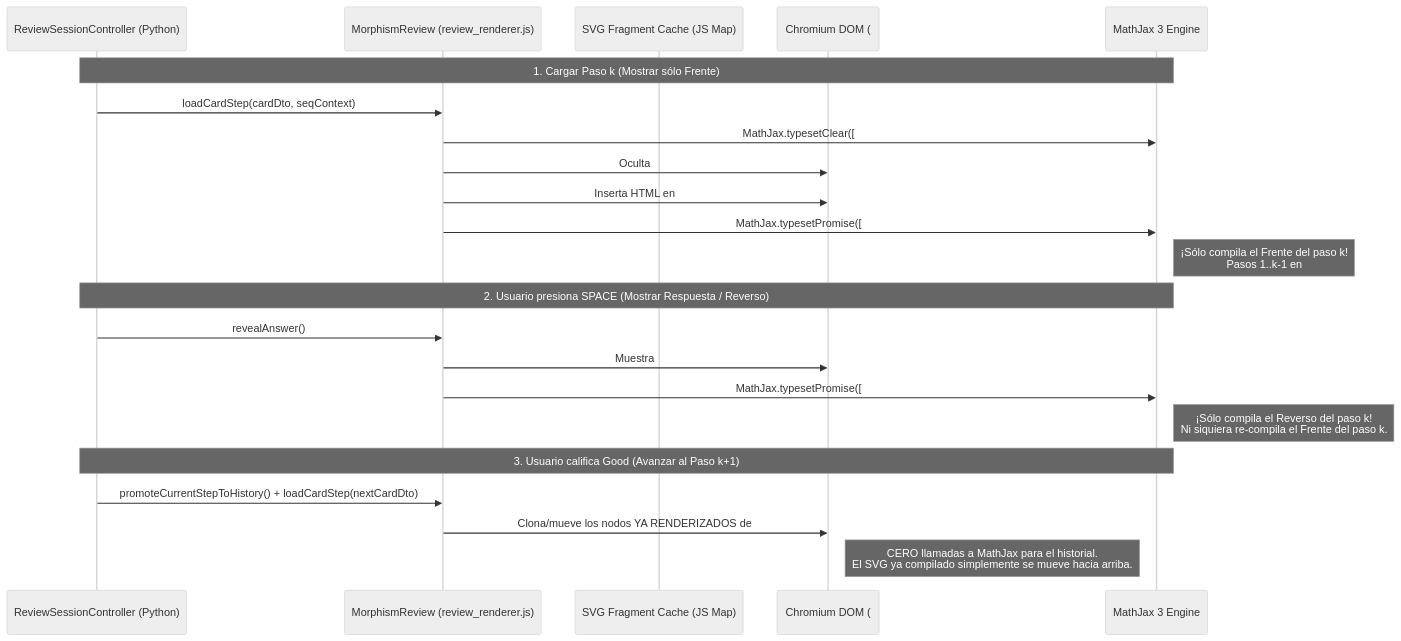
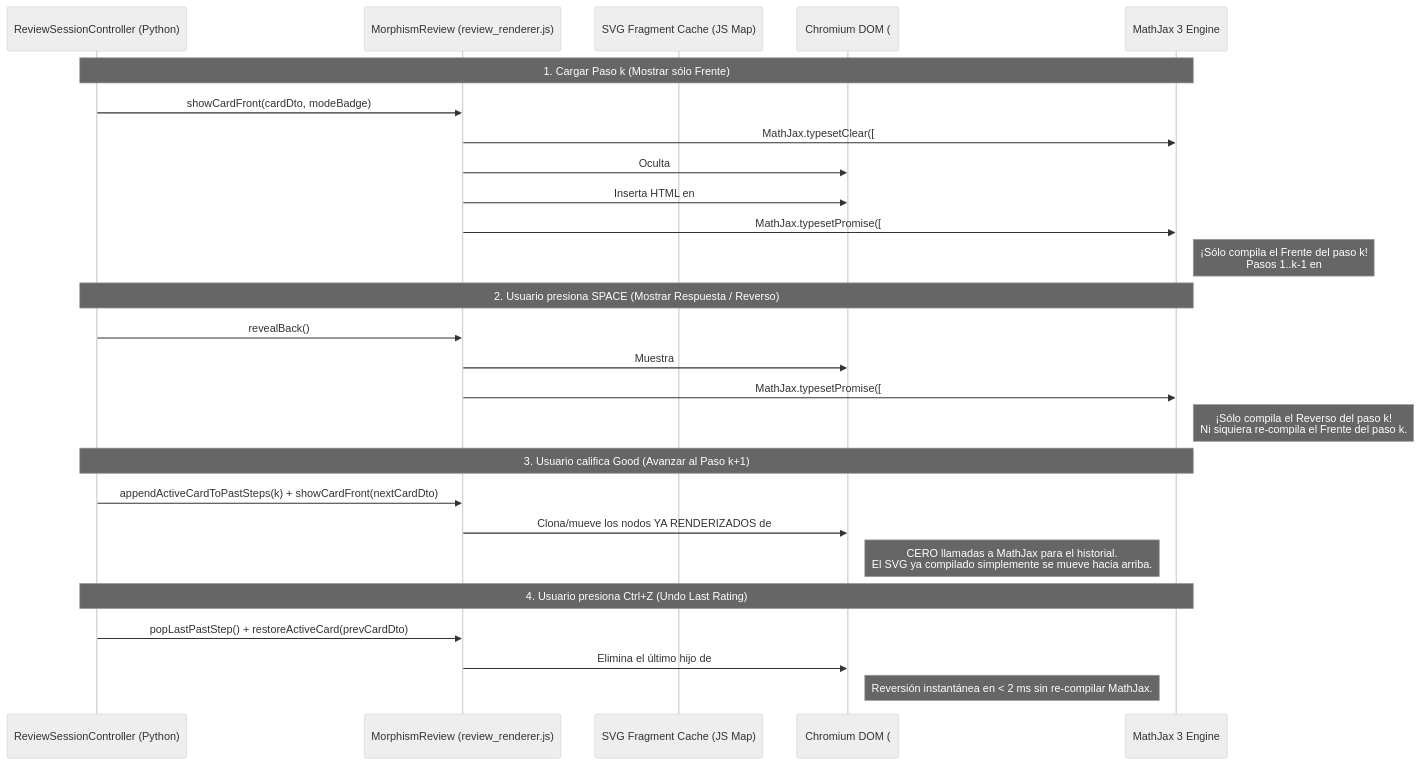
One commit to SSParzival/Morphism-SRS-plus changed the diagram in specZ/04_MATHJAX_AND_WEBENGINE_PERFORMANCE.md. Above: the diagram before and after it, drawn with Mermaid (neutral theme). The commit also changed other lines of this file and 9 other files, not shown here.

````diff
--- a/specZ/04_MATHJAX_AND_WEBENGINE_PERFORMANCE.md
+++ b/specZ/04_MATHJAX_AND_WEBENGINE_PERFORMANCE.md
@@ -93,27 +97,32 @@
 ```mermaid
 sequenceDiagram
     participant Controller as ReviewSessionController (Python)
     participant JS as MorphismReview (review_renderer.js)
     participant Cache as SVG Fragment Cache (JS Map)
     participant DOM as Chromium DOM (#past-steps-list / #active-card)
     participant MJ as MathJax 3 Engine
 
     Note over Controller,MJ: 1. Cargar Paso k (Mostrar sólo Frente)
-    Controller->>JS: loadCardStep(cardDto, seqContext)
+    Controller->>JS: showCardFront(cardDto, modeBadge)
     JS->>MJ: MathJax.typesetClear([#active-card-front, #active-card-back])
     JS->>DOM: Oculta #active-card-back y #active-card-divider
     JS->>DOM: Inserta HTML en #active-card-title y #active-card-front
     JS->>MJ: MathJax.typesetPromise([#active-card-title, #active-card-front])
     Note right of MJ: ¡Sólo compila el Frente del paso k!<br/>Pasos 1..k-1 en #past-steps-list NO se tocan.
 
     Note over Controller,MJ: 2. Usuario presiona SPACE (Mostrar Respuesta / Reverso)
-    Controller->>JS: revealAnswer()
+    Controller->>JS: revealBack()
     JS->>DOM: Muestra #active-card-divider y #active-card-back
     JS->>MJ: MathJax.typesetPromise([#active-card-back])
     Note right of MJ: ¡Sólo compila el Reverso del paso k!<br/>Ni siquiera re-compila el Frente del paso k.
 
     Note over Controller,MJ: 3. Usuario califica Good (Avanzar al Paso k+1)
-    Controller->>JS: promoteCurrentStepToHistory() + loadCardStep(nextCardDto)
+    Controller->>JS: appendActiveCardToPastSteps(k) + showCardFront(nextCardDto)
     JS->>DOM: Clona/mueve los nodos YA RENDERIZADOS de #active-card<br/>dentro de un <div class="past-step-item"> y hace<br/>#past-steps-list.appendChild(stepNode)
     Note right of DOM: CERO llamadas a MathJax para el historial.<br/>El SVG ya compilado simplemente se mueve hacia arriba.
+
+    Note over Controller,MJ: 4. Usuario presiona Ctrl+Z (Undo Last Rating)
+    Controller->>JS: popLastPastStep() + restoreActiveCard(prevCardDto)
+    JS->>DOM: Elimina el último hijo de #past-steps-list y restaura #active-card desde typesetCache
+    Note right of DOM: Reversión instantánea en < 2 ms sin re-compilar MathJax.
 ```
````
